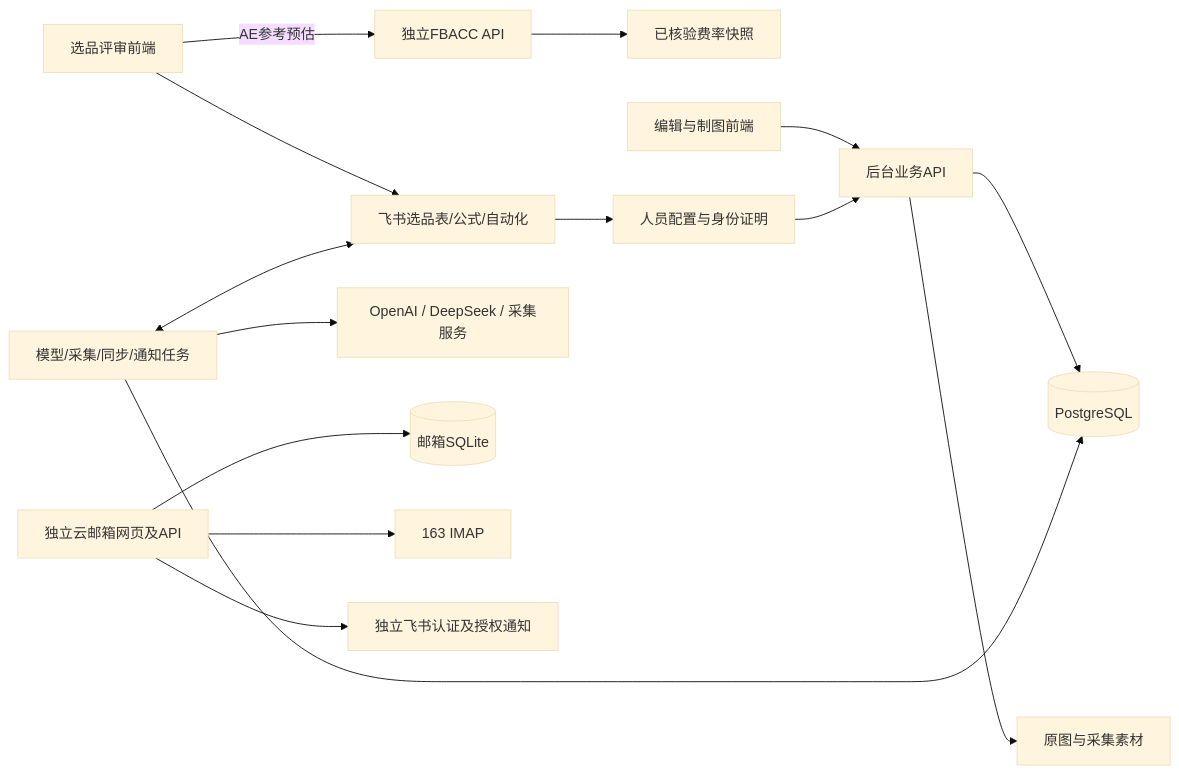
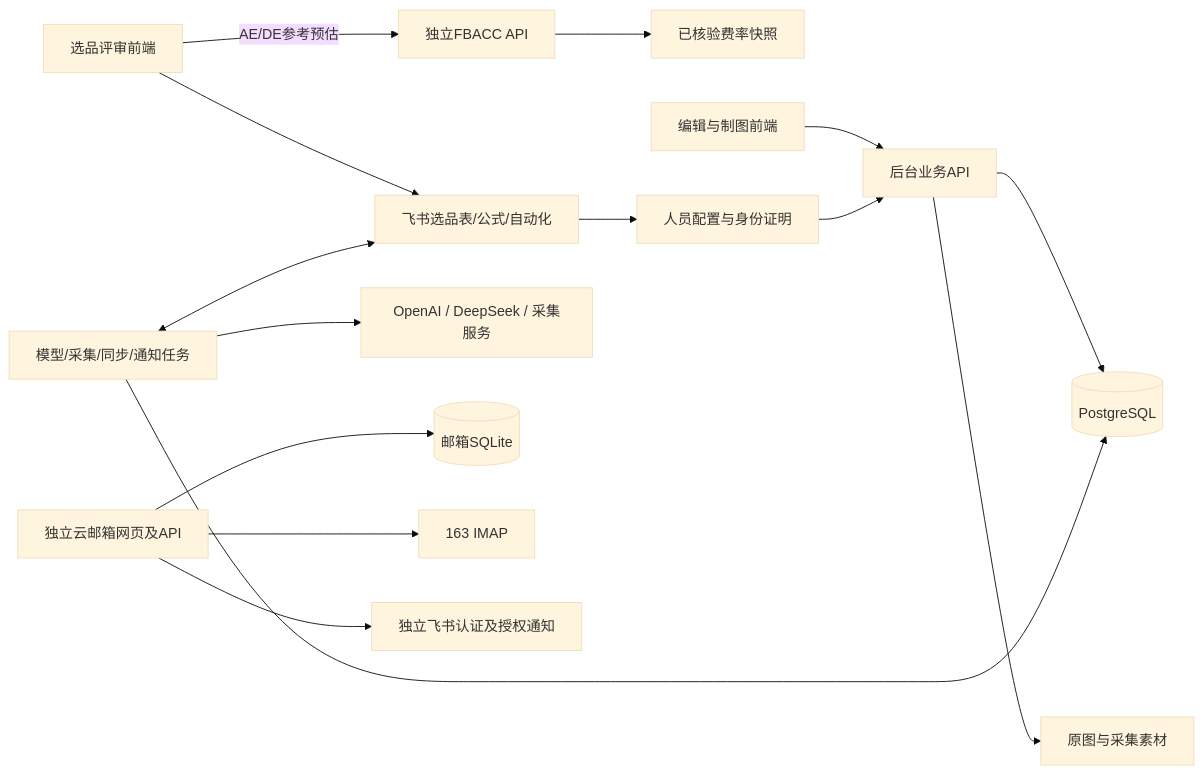
Before and after one commit to wrangler1024/amazon-sku-workbench: the diagram in docs/architecture.md, drawn with Mermaid (base theme). The commit also changed other lines of this file and 21 other files, not shown here.

````diff
--- a/docs/architecture.md
+++ b/docs/architecture.md
@@ -19,17 +19,17 @@
 ```mermaid
 flowchart LR
   Review[选品评审前端] --> Base[飞书选品表/公式/自动化]
-  Review -->|AE参考预估| FBACC[独立FBACC API]
+  Review -->|AE/DE参考预估| FBACC[独立FBACC API]
   FBACC --> Rates[已核验费率快照]
   Editor[编辑与制图前端] --> API[后台业务API]
   API --> DB[(PostgreSQL)]
   API --> Assets[原图与采集素材]
   Workers[模型/采集/同步/通知任务] --> DB
   Workers --> Providers[OpenAI / DeepSeek / 采集服务]
   Workers <--> Base
   Base --> Identity[人员配置与身份证明]
   Identity --> API
   Mail[独立云邮箱网页及API] --> MailDB[(邮箱SQLite)]
   Mail --> IMAP[163 IMAP]
   Mail --> MailIdentity[独立飞书认证及授权通知]
 ```
````
